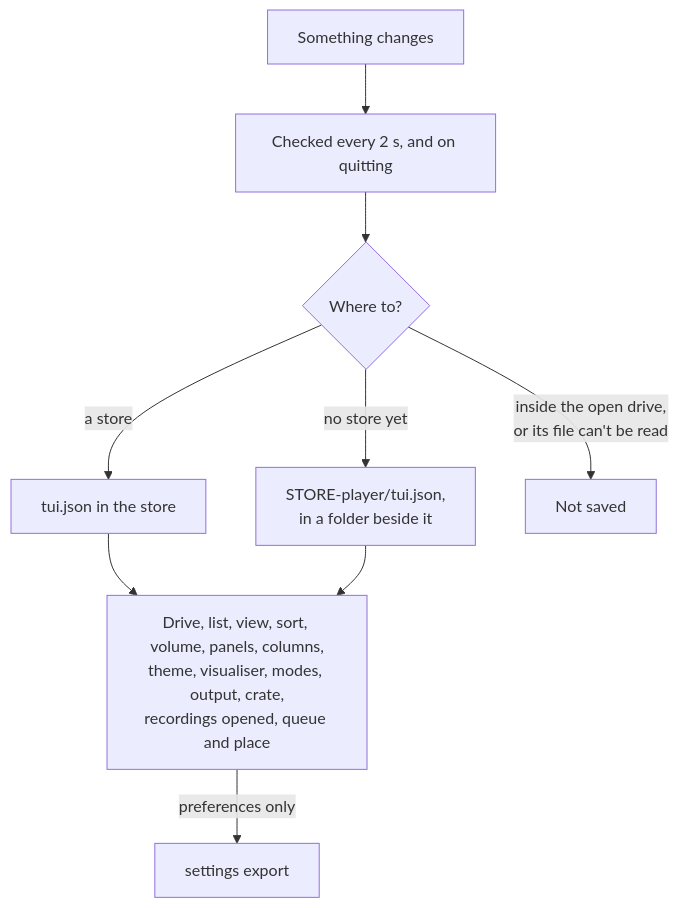
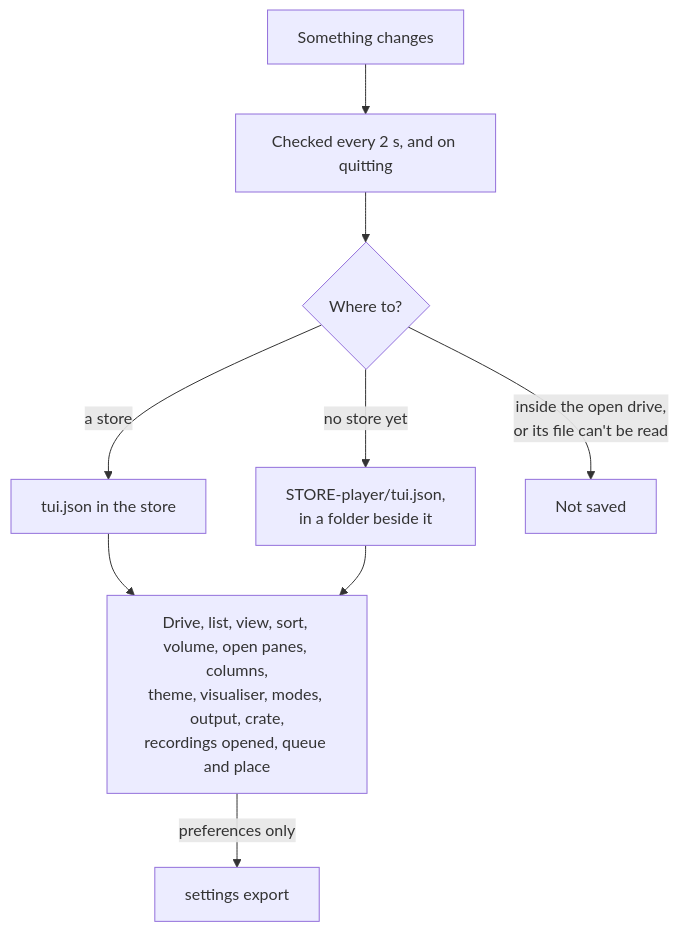
Before and after one commit to cutenode/localnetwork: diagram 13 of 13 in apps/locallibrary/docs/diagrams/player.md, drawn with Mermaid. The commit also changed other lines of this file and 4 other files, not shown here.

First line of the commit message:
docs(locallibrary): use the glossary's words and fix the player's charts

````diff
--- a/apps/locallibrary/docs/diagrams/player.md
+++ b/apps/locallibrary/docs/diagrams/player.md
@@ -284,11 +287,11 @@
 ```mermaid
 flowchart TD
     change["Something changes"] --> check["Checked every 2 s, and on quitting"]
     check --> has{"Where to?"}
     has -->|"a store"| tui["tui.json in the store"]
     has -->|"no store yet"| beside["STORE-player/tui.json,<br/>in a folder beside it"]
     has -->|"inside the open drive,<br/>or its file can't be read"| none["Not saved"]
-    tui --> keeps["Drive, list, view, sort, volume, panels, columns,<br/>theme, visualiser, modes, output, crate,<br/>recordings opened, queue and place"]
+    tui --> keeps["Drive, list, view, sort, volume, open panes, columns,<br/>theme, visualiser, modes, output, crate,<br/>recordings opened, queue and place"]
     beside --> keeps
     keeps -->|"preferences only"| export["settings export"]
 ```
````
